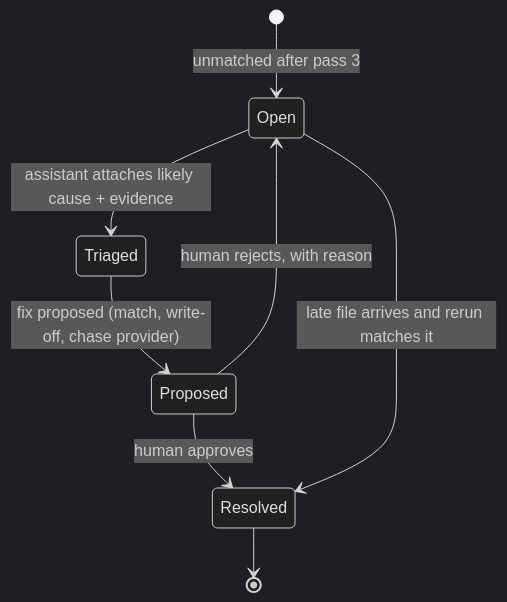
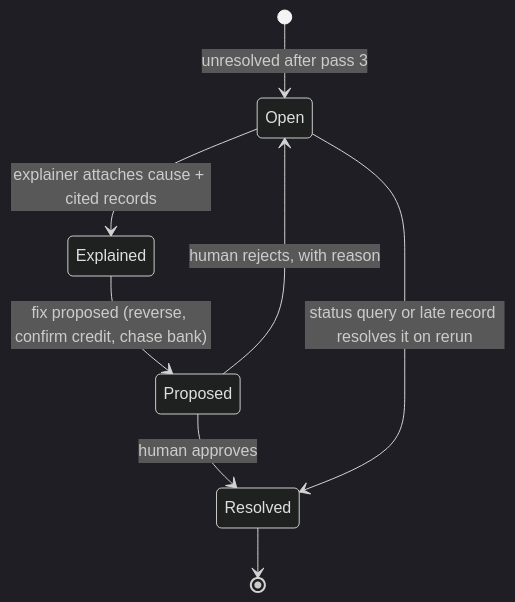
The second of 2 diagrams in README.md (myekini/tieout), drawn with Mermaid (dark theme) before and after one commit. The commit also changed other lines of this file, not shown here.

````diff
--- a/README.md
+++ b/README.md
@@ -108,10 +142,10 @@
 ```mermaid
 stateDiagram-v2
-    [*] --> Open: unmatched after pass 3
-    Open --> Triaged: assistant attaches likely cause + evidence
-    Triaged --> Proposed: fix proposed (match, write-off, chase provider)
+    [*] --> Open: unresolved after pass 3
+    Open --> Explained: explainer attaches cause + cited records
+    Explained --> Proposed: fix proposed (reverse, confirm credit, chase bank)
     Proposed --> Resolved: human approves
     Proposed --> Open: human rejects, with reason
-    Open --> Resolved: late file arrives and rerun matches it
+    Open --> Resolved: status query or late record resolves it on rerun
     Resolved --> [*]
 ```
````
